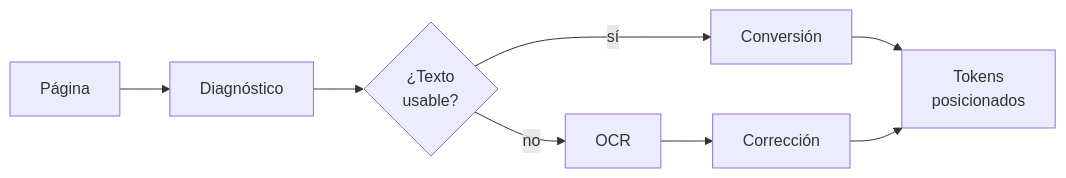
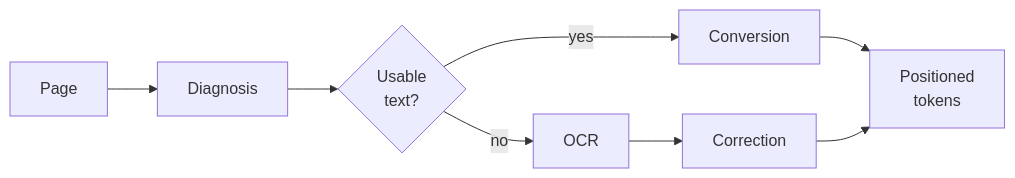
The sixth of 15 diagrams in README.md (mariogarcia-ar/docflow), drawn with Mermaid before and after one commit. The commit also changed other lines of this file, not shown here.

````diff
--- a/README.md
+++ b/README.md
@@ -219,8 +219,8 @@
 ```mermaid
 graph LR
-    A["Página"] --> B["Diagnóstico"] --> C{"¿Texto<br/>usable?"}
-    C -->|"sí"| D["Conversión"]
-    C -->|"no"| E["OCR"] --> F["Corrección"]
-    D --> G["Tokens<br/>posicionados"]
+    A["Page"] --> B["Diagnosis"] --> C{"Usable<br/>text?"}
+    C -->|"yes"| D["Conversion"]
+    C -->|"no"| E["OCR"] --> F["Correction"]
+    D --> G["Positioned<br/>tokens"]
     F --> G
 ```
````
